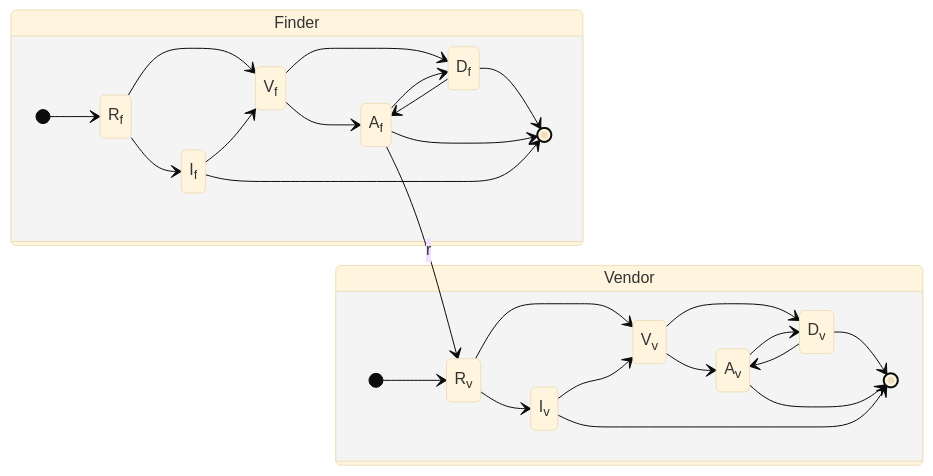
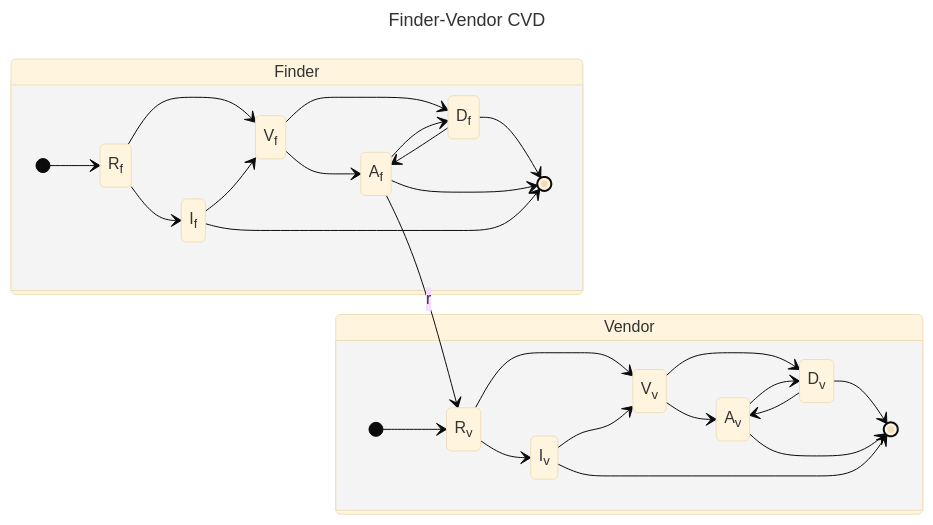
One commit to CERTCC/Vultron changed the second of 8 diagrams in docs/process_models/rm/rm_interactions.md. Above: the diagram before and after it, drawn with Mermaid (base theme). The commit also changed other lines of this file and 4 other files, not shown here.

Commit message:
add some diagram titles

````diff
--- a/docs/process_models/rm/rm_interactions.md
+++ b/docs/process_models/rm/rm_interactions.md
@@ -86,43 +89,46 @@
 ```mermaid
+---
+title: Finder-Vendor CVD
+---
 stateDiagram-v2
     direction LR
     state Finder {
         direction LR
         R: R<sub>f</sub>
         I: I<sub>f</sub>
         V: V<sub>f</sub>
         A: A<sub>f</sub>
         D: D<sub>f</sub>
         [*] --> R
         R --> I
         R --> V
         I --> V
         V --> A
         V --> D
         A --> D
         D --> A
         D --> [*]
         A --> [*]
         I --> [*]
     }
     state Vendor {
         direction LR
         RV:R<sub>v</sub>
         IV:I<sub>v</sub>
         VV:V<sub>v</sub>
         AV:A<sub>v</sub>
         DV:D<sub>v</sub>
         [*] --> RV
         RV --> IV
         RV --> VV
         IV --> VV
         VV --> AV
         VV --> DV
         AV --> DV
         DV --> AV
         DV --> [*]
         AV --> [*]
         IV --> [*]
     }
     A --> RV: r
 ```
````
